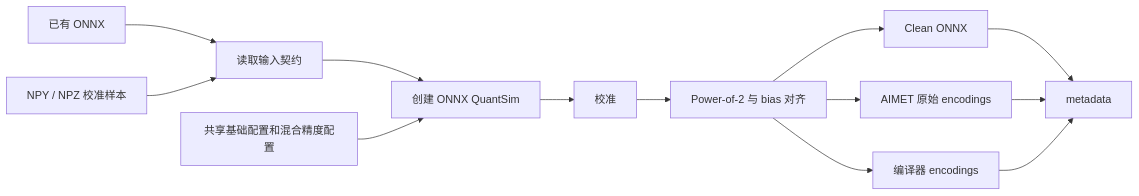
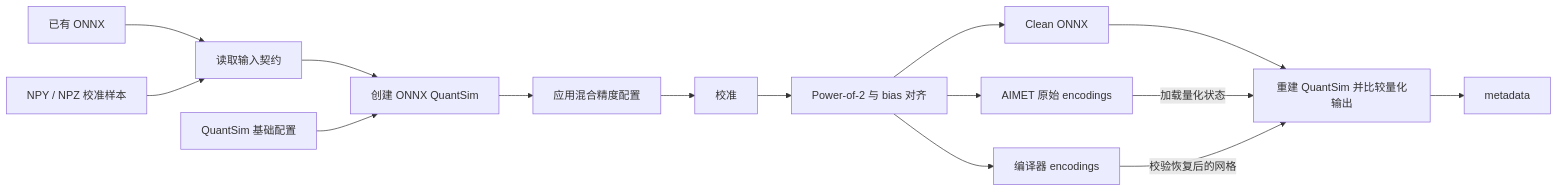
One commit to reexen-tech/rx-met changed the third of 4 diagrams in docs/architecture.md. Above: the diagram before and after it, drawn with Mermaid. The commit also changed other lines of this file and 45 other files, not shown here.

````diff
--- a/docs/architecture.md
+++ b/docs/architecture.md
@@ -97,15 +105,17 @@
 ```mermaid
 flowchart LR
     Model[已有 ONNX] --> Inputs[读取输入契约]
     Data[NPY / NPZ 校准样本] --> Inputs
     Inputs --> Sim[创建 ONNX QuantSim]
-    Config[共享基础配置和混合精度配置] --> Sim
-    Sim --> Calibration[校准]
+    BaseConfig[QuantSim 基础配置] --> Sim
+    Sim --> MixedConfig[应用混合精度配置]
+    MixedConfig --> Calibration[校准]
     Calibration --> Alignment[Power-of-2 与 bias 对齐]
     Alignment --> Clean[Clean ONNX]
     Alignment --> Raw[AIMET 原始 encodings]
     Alignment --> Compiler[编译器 encodings]
-    Clean --> Meta[metadata]
-    Raw --> Meta
-    Compiler --> Meta
+    Clean --> Restore[重建 QuantSim 并比较量化输出]
+    Raw -->|加载量化状态| Restore
+    Compiler -->|校验恢复后的网格| Restore
+    Restore --> Meta[metadata]
 ```
````
